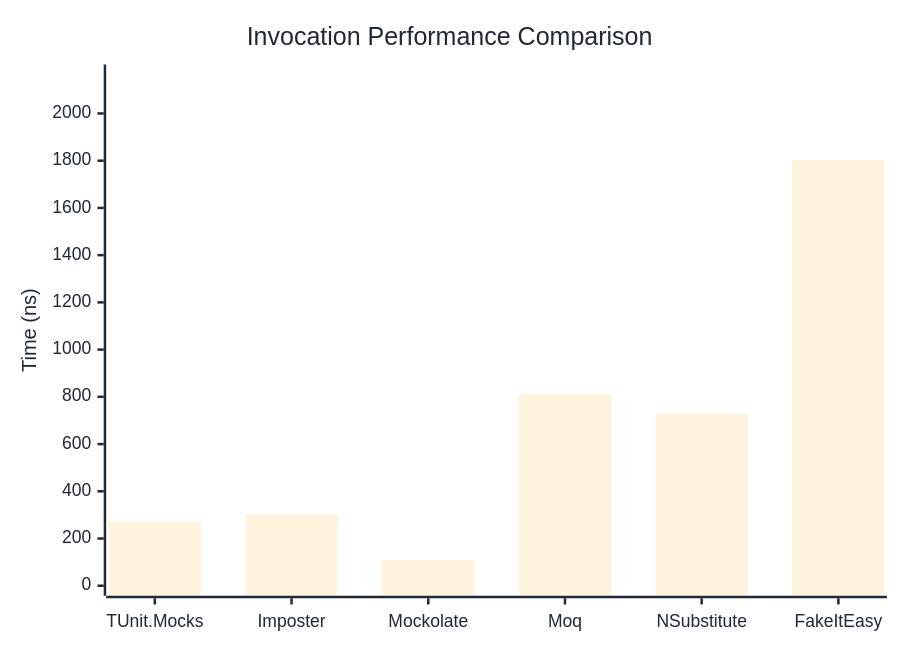
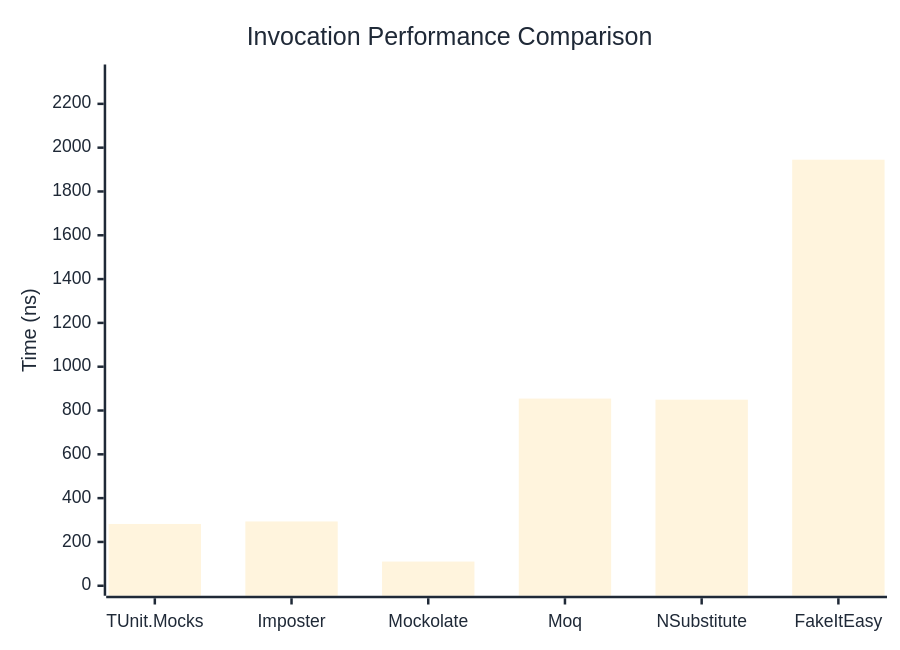
One commit to thomhurst/TUnit changed the first of 3 diagrams in docs/docs/benchmarks/mocks/Invocation.md. Above: the diagram before and after it, drawn with Mermaid. The commit also changed other lines of this file and 14 other files, not shown here.

````diff
--- a/docs/docs/benchmarks/mocks/Invocation.md
+++ b/docs/docs/benchmarks/mocks/Invocation.md
@@ -30,27 +30,27 @@
 ```mermaid
 %%{init: {
   'theme':'base',
   'themeVariables': {
     'primaryColor': '#2563eb',
     'primaryTextColor': '#1f2937',
     'primaryBorderColor': '#1e40af',
     'lineColor': '#6b7280',
     'secondaryColor': '#7c3aed',
     'tertiaryColor': '#dc2626',
     'background': '#ffffff',
     'pie1': '#2563eb',
     'pie2': '#7c3aed',
     'pie3': '#dc2626',
     'pie4': '#f59e0b',
     'pie5': '#10b981',
     'pie6': '#06b6d4',
     'pie7': '#ec4899',
     'pie8': '#6366f1'
   }
 }}%%
 xychart-beta
   title "Invocation Performance Comparison"
   x-axis ["TUnit.Mocks", "Imposter", "Mockolate", "Moq", "NSubstitute", "FakeItEasy"]
-  y-axis "Time (ns)" 0 --> 2165
-  bar [273.17, 301.29, 108.89, 811.05, 727.65, 1803.96]
+  y-axis "Time (ns)" 0 --> 2334
+  bar [282.1, 293.5, 110.4, 854.5, 849.5, 1945]
 ```
````
